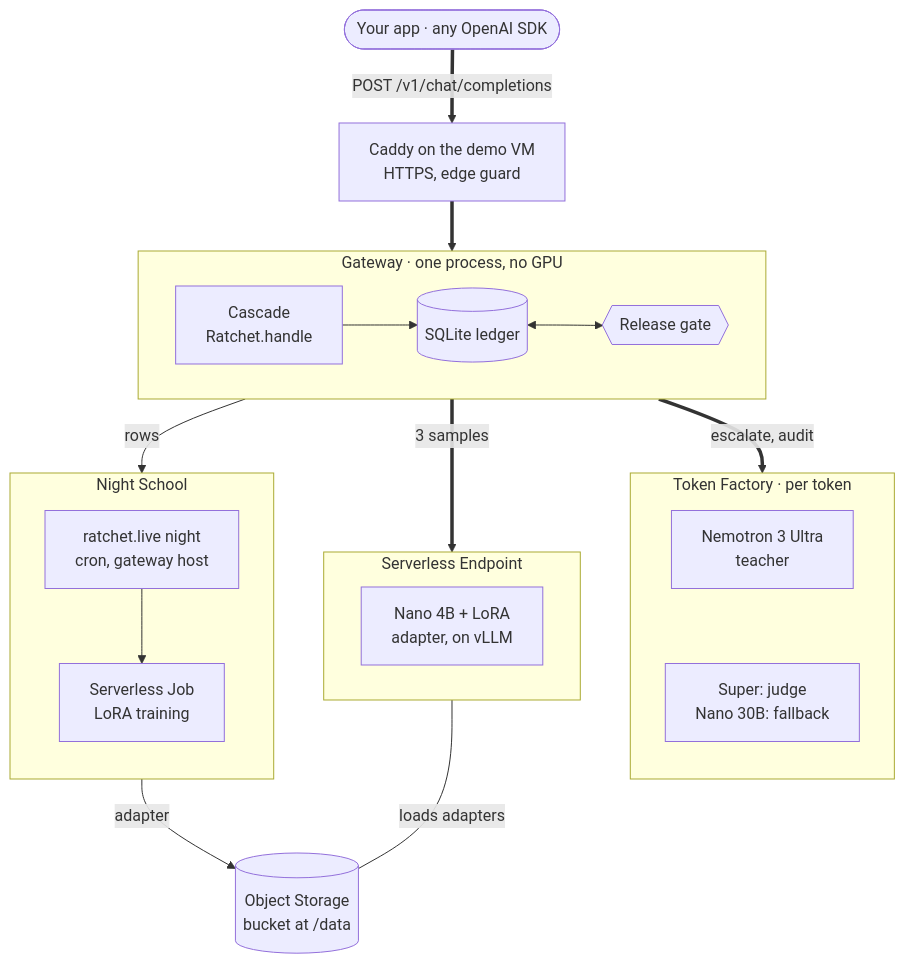
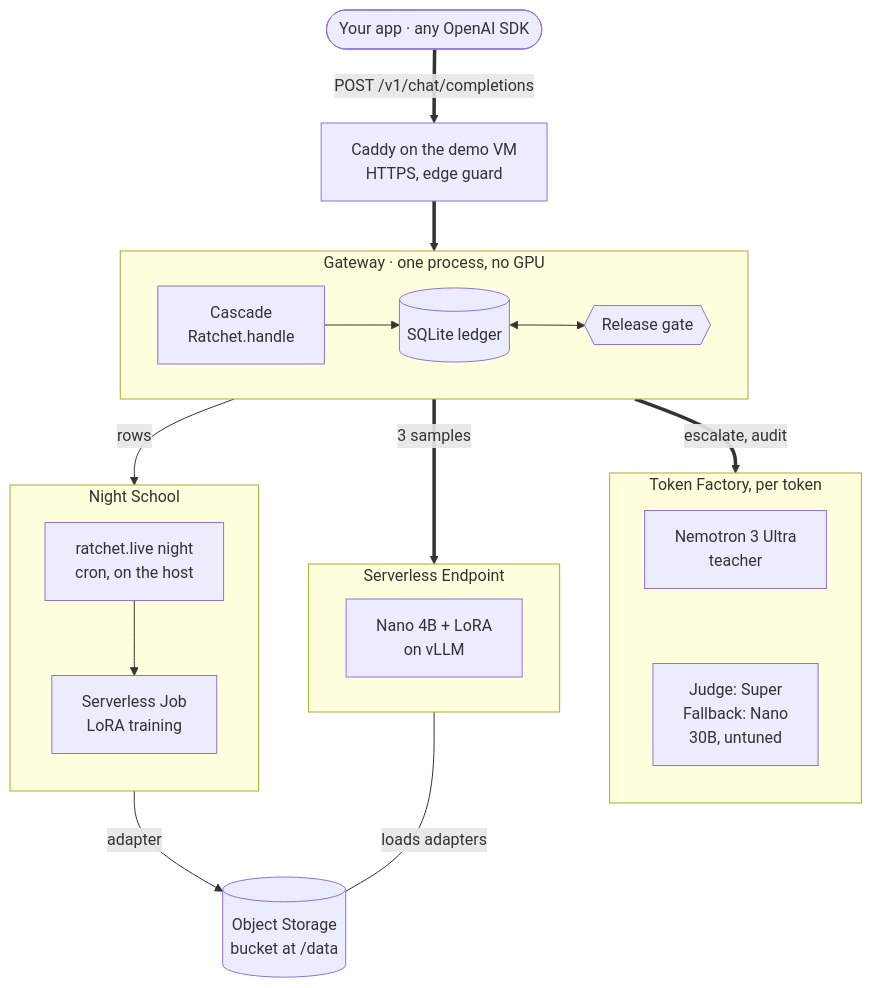
The first of 4 diagrams in docs-site/src/content/docs/guides/big-picture.mdx (harshbhx/ratchet), drawn with Mermaid before and after one commit. The commit also changed other lines of this file and 25 other files, not shown here.

````diff
--- a/docs-site/src/content/docs/guides/big-picture.mdx
+++ b/docs-site/src/content/docs/guides/big-picture.mdx
@@ -33,37 +47,37 @@
 ```mermaid
 flowchart TB
   app(["Your app · any OpenAI SDK"]) ==>|"POST /v1/chat/completions"| caddy["Caddy on the demo VM<br/>HTTPS, edge guard"]
   caddy ==> gw
   subgraph gw["Gateway · one process, no GPU"]
     direction LR
     router["Cascade<br/>Ratchet.handle"] --> ledger[("SQLite ledger")]
     ledger <--> gate{{"Release gate"}}
   end
-  subgraph tf["Token Factory · per token"]
+  subgraph tf["Token Factory, per token"]
     direction TB
     teacher["Nemotron 3 Ultra<br/>teacher"]
-    teacher ~~~ others["Super: judge<br/>Nano 30B: fallback"]
+    teacher ~~~ others["Judge: Super<br/>Fallback: Nano<br/>30B, untuned"]
   end
   subgraph ep["Serverless Endpoint"]
-    student["Nano 4B + LoRA<br/>adapter, on vLLM"]
+    student["Nano 4B + LoRA<br/>on vLLM"]
   end
   subgraph ns["Night School"]
     direction TB
-    night["ratchet.live night<br/>cron, gateway host"] --> job["Serverless Job<br/>LoRA training"]
+    night["ratchet.live night<br/>cron, on the host"] --> job["Serverless Job<br/>LoRA training"]
   end
   bucket[("Object Storage<br/>bucket at /data")]
   gw ==>|"escalate, audit"| tf
   gw ==>|"3 samples"| ep
   gw -->|"rows"| ns
   ns -->|"adapter"| bucket
   ep ---|"loads adapters"| bucket
 
   class app,router,night,job neutral
   class caddy,others outline
   class gate gate
   class ledger,bucket store
   class student student
   class teacher teacher
   class ep studentZone
   class tf teacherZone
 ```
````
